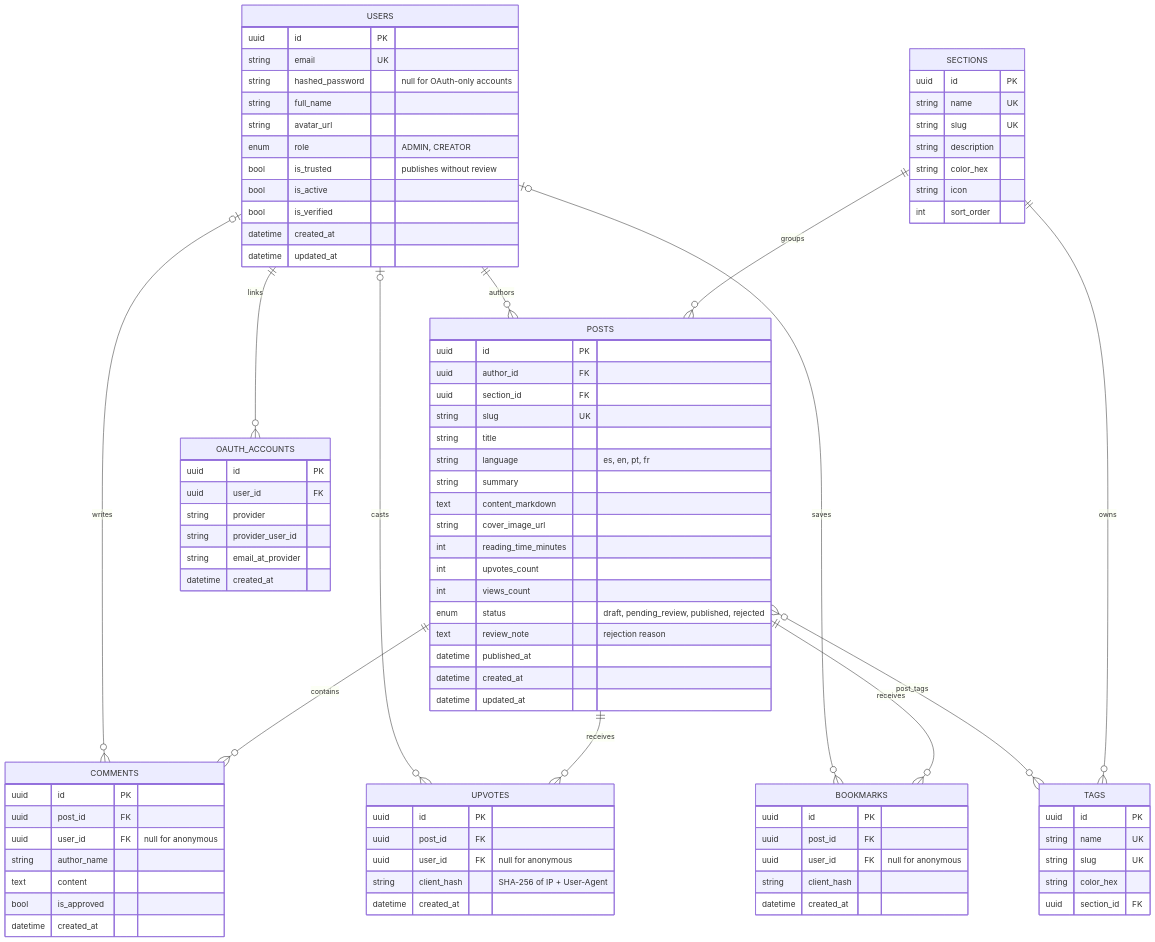
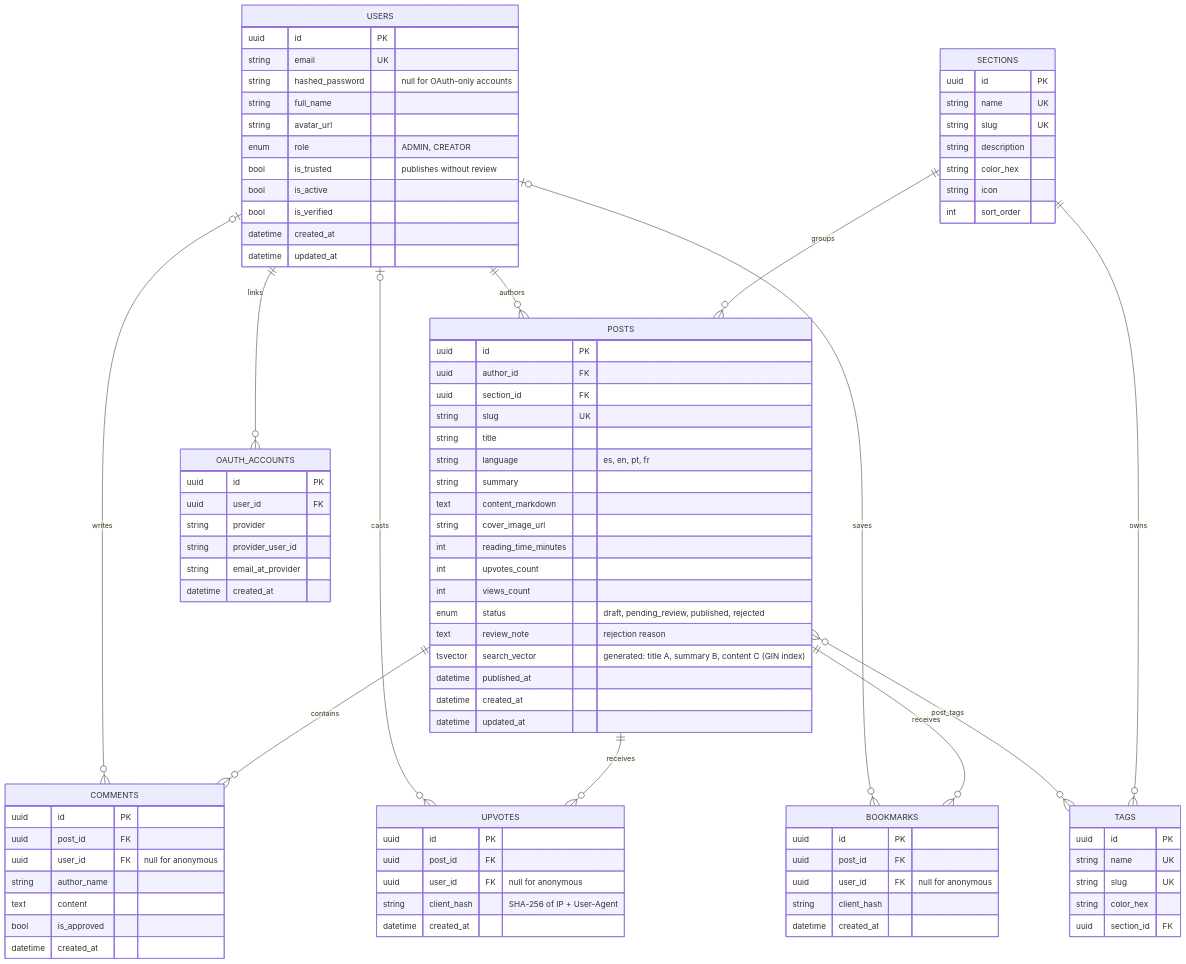
The second of 2 diagrams in docs/ARCHITECTURE_E2E.md (AnthoRuiz/DevBlog), drawn with Mermaid before and after one commit. The commit also changed other lines of this file, not shown here.

Commit message:
docs: full-text search and review alerts

```diff
--- a/docs/ARCHITECTURE_E2E.md
+++ b/docs/ARCHITECTURE_E2E.md
@@ -211,6 +211,7 @@
         int views_count
         enum status "draft, pending_review, published, rejected"
         text review_note "rejection reason"
+        tsvector search_vector "generated: title A, summary B, content C (GIN index)"
         datetime published_at
         datetime created_at
         datetime updated_at
```
